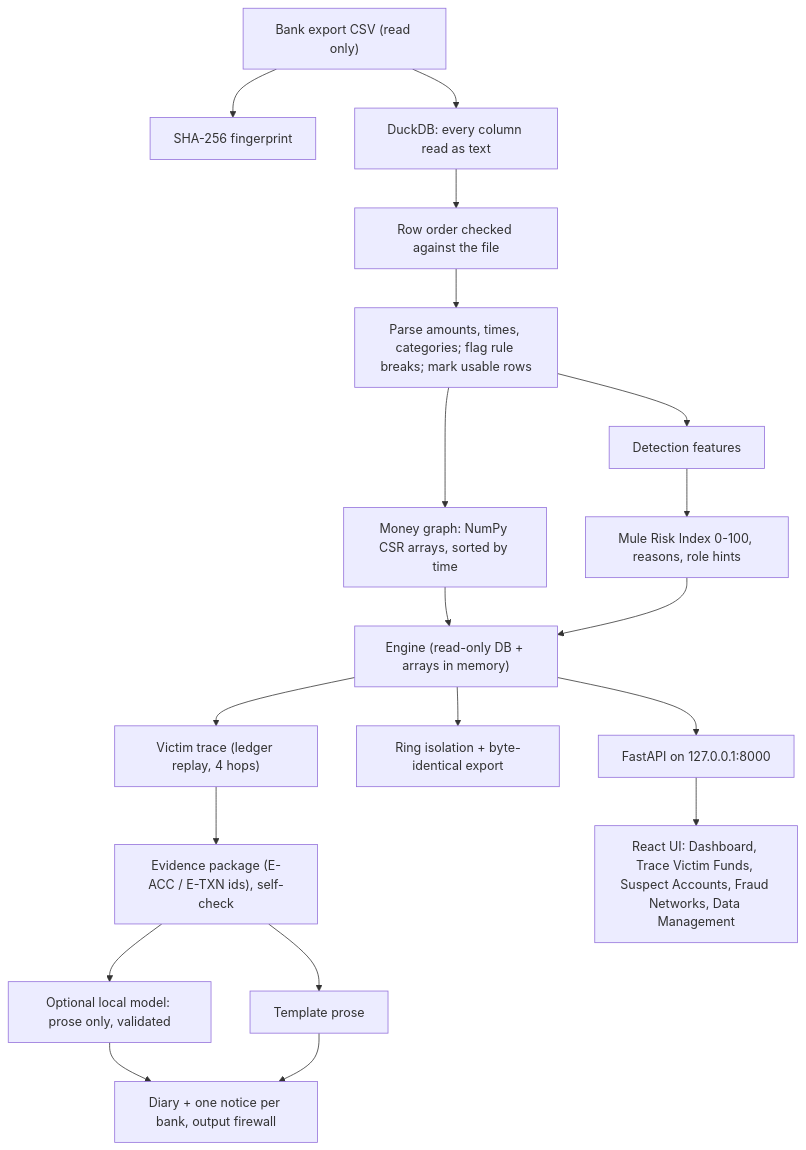
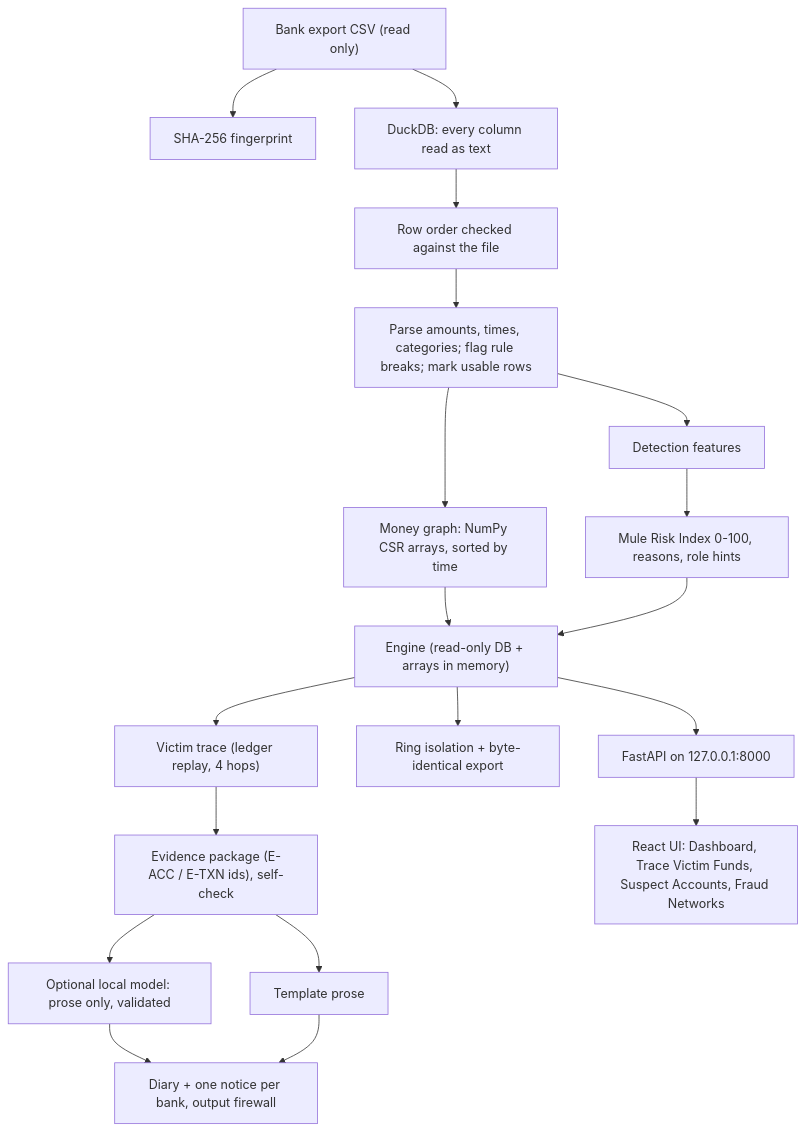
The diagram in docs/TEAM_GUIDE.md (kartikey1819/Srijan-Coders_VoidHacks), drawn with Mermaid before and after one commit. The commit also changed other lines of this file and 22 other files, not shown here.

First line of the commit message:
Fold data management into the Dashboard, money-flow network view, tighter trace page

````diff
--- a/docs/TEAM_GUIDE.md
+++ b/docs/TEAM_GUIDE.md
@@ -125,21 +125,21 @@
 ```mermaid
 flowchart TD
   CSV["Bank export CSV (read only)"] --> HASH["SHA-256 fingerprint"]
   CSV --> LOAD["DuckDB: every column read as text"]
   LOAD --> ORDER["Row order checked against the file"]
   ORDER --> DERIVE["Parse amounts, times, categories; flag rule breaks; mark usable rows"]
   DERIVE --> CSR["Money graph: NumPy CSR arrays, sorted by time"]
   DERIVE --> FEAT["Detection features"]
   FEAT --> RISK["Mule Risk Index 0-100, reasons, role hints"]
   CSR --> ENG["Engine (read-only DB + arrays in memory)"]
   RISK --> ENG
   ENG --> TRACE["Victim trace (ledger replay, 4 hops)"]
   ENG --> RING["Ring isolation + byte-identical export"]
   TRACE --> EVID["Evidence package (E-ACC / E-TXN ids), self-check"]
   EVID --> LLM["Optional local model: prose only, validated"]
   EVID --> TPL["Template prose"]
   LLM --> REN["Diary + one notice per bank, output firewall"]
   TPL --> REN
   ENG --> API["FastAPI on 127.0.0.1:8000"]
-  API --> UI["React UI: Dashboard, Trace Victim Funds, Suspect Accounts, Fraud Networks, Data Management"]
+  API --> UI["React UI: Dashboard, Trace Victim Funds, Suspect Accounts, Fraud Networks"]
 ```
````
